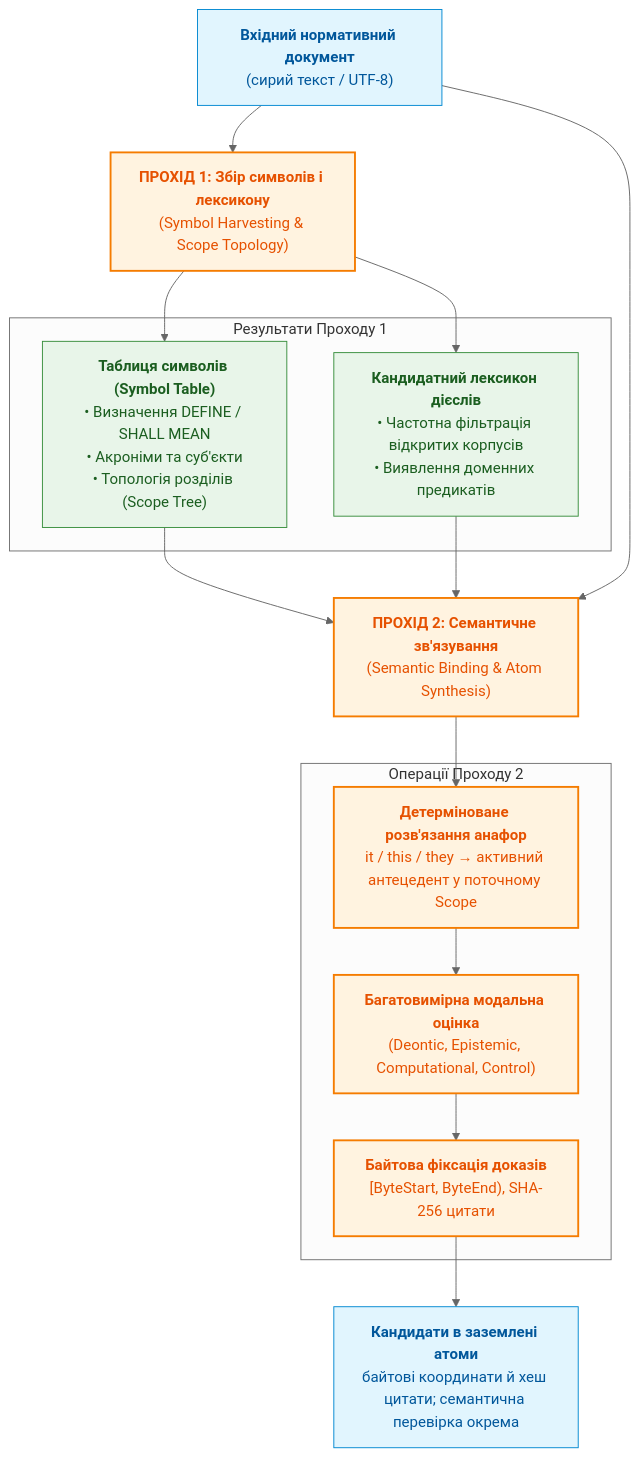
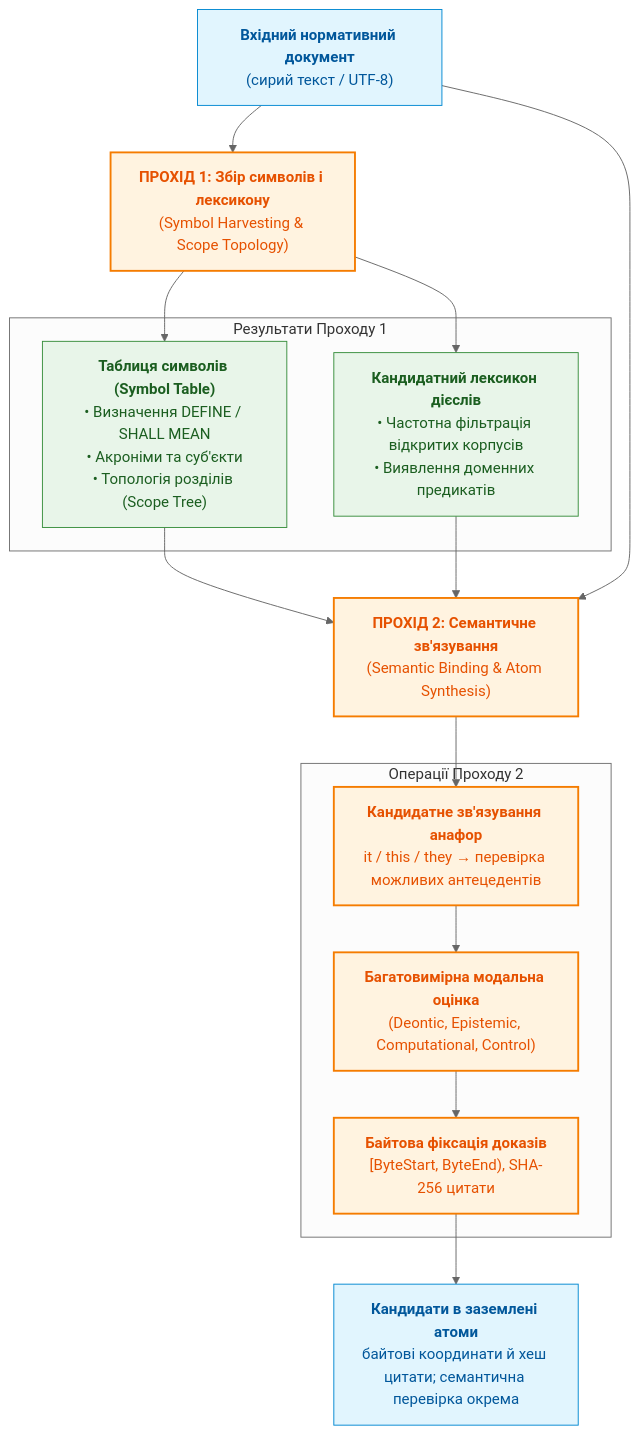
Before and after one commit to nick-fedchik/articles: the third of 12 diagrams in ExpertSystem/ch15-knowledge-extraction-and-kb-construction.md, drawn with Mermaid (neutral theme). The commit also changed other lines of this file and 7 other files, not shown here.

````diff
--- a/ExpertSystem/ch15-knowledge-extraction-and-kb-construction.md
+++ b/ExpertSystem/ch15-knowledge-extraction-and-kb-construction.md
@@ -412,32 +472,32 @@
 ```mermaid
 flowchart TD
     accTitle: Архітектура двопрохідного компілятора знань
     accDescr: Перший прохід збирає таблицю символів, топологію розділів і кандидатні дієслова; другий прохід виконує зв'язування анафор, детерміновану екстракцію та генерацію заземлених атомів.
 
     Doc["<b>Вхідний нормативний документ</b><br/>(сирий текст / UTF-8)"] --> P1["<b>ПРОХІД 1: Збір символів і лексикону</b><br/>(Symbol Harvesting & Scope Topology)"]
 
     subgraph Pass1["Результати Проходу 1"]
         ST["<b>Таблиця символів (Symbol Table)</b><br/>• Визначення DEFINE / SHALL MEAN<br/>• Акроніми та суб'єкти<br/>• Топологія розділів (Scope Tree)"]
         VH["<b>Кандидатний лексикон дієслів</b><br/>• Частотна фільтрація відкритих корпусів<br/>• Виявлення доменних предикатів"]
     end
 
     P1 --> ST & VH
 
     ST & VH & Doc --> P2["<b>ПРОХІД 2: Семантичне зв'язування</b><br/>(Semantic Binding & Atom Synthesis)"]
 
     subgraph Pass2["Операції Проходу 2"]
-        AR["<b>Детерміноване розв'язання анафор</b><br/>it / this / they → активний антецедент у поточному Scope"]
+        AR["<b>Кандидатне зв'язування анафор</b><br/>it / this / they → перевірка можливих антецедентів"]
         MG["<b>Багатовимірна модальна оцінка</b><br/>(Deontic, Epistemic, Computational, Control)"]
         EV["<b>Байтова фіксація доказів</b><br/>[ByteStart, ByteEnd), SHA-256 цитати"]
     end
 
     P2 --> AR --> MG --> EV
     EV --> Output["<b>Кандидати в заземлені атоми</b><br/>байтові координати й хеш цитати; семантична перевірка окрема"]
 
     classDef d fill:#e1f5fe,stroke:#0288d1,stroke-width:1px,color:#01579b;
     classDef p fill:#fff3e0,stroke:#f57c00,stroke-width:2px,color:#e65100;
     classDef r fill:#e8f5e9,stroke:#388e3c,stroke-width:1px,color:#1b5e20;
     class Doc,Output d;
     class P1,P2,AR,MG,EV p;
     class ST,VH r;
 ```
````
